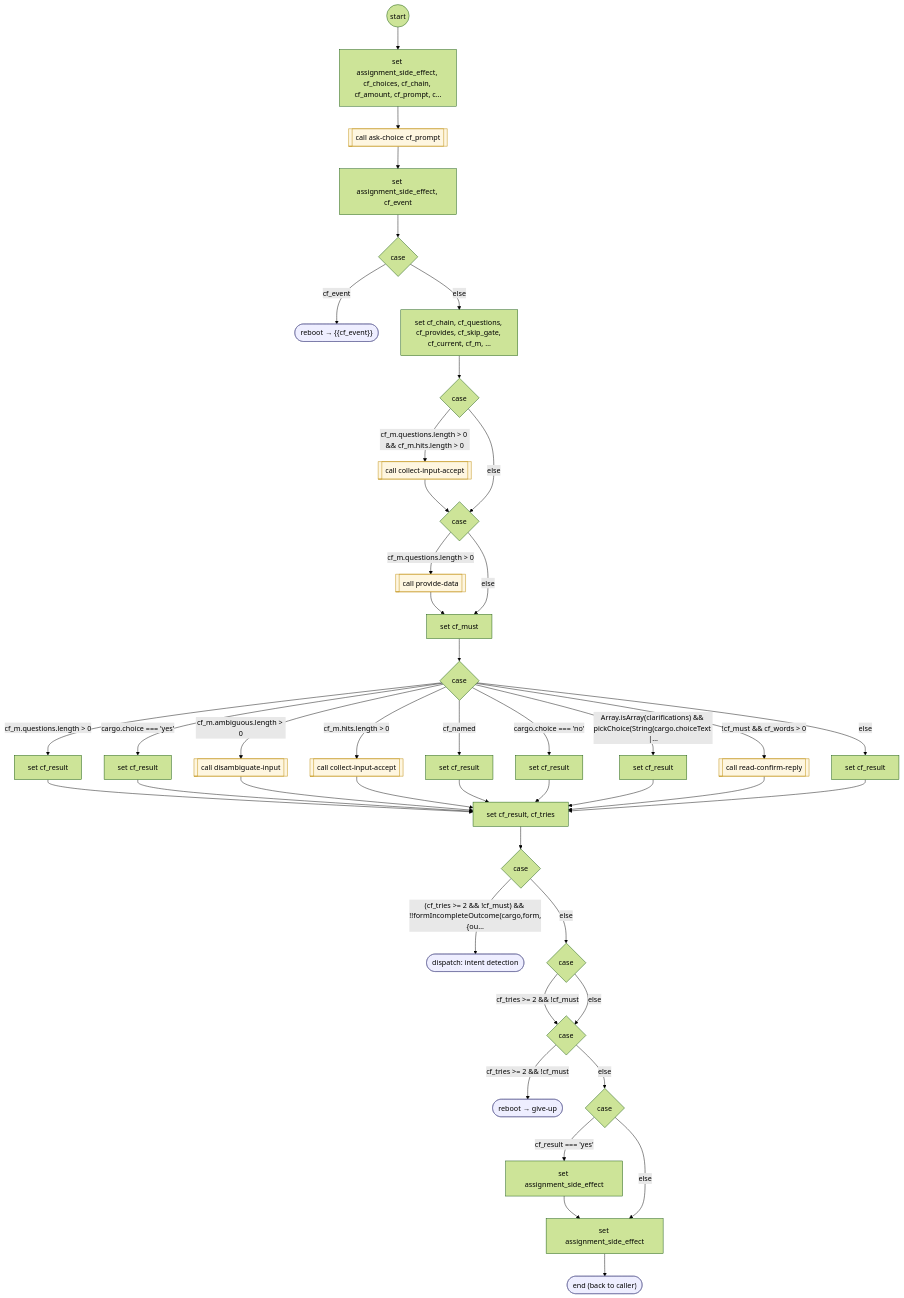
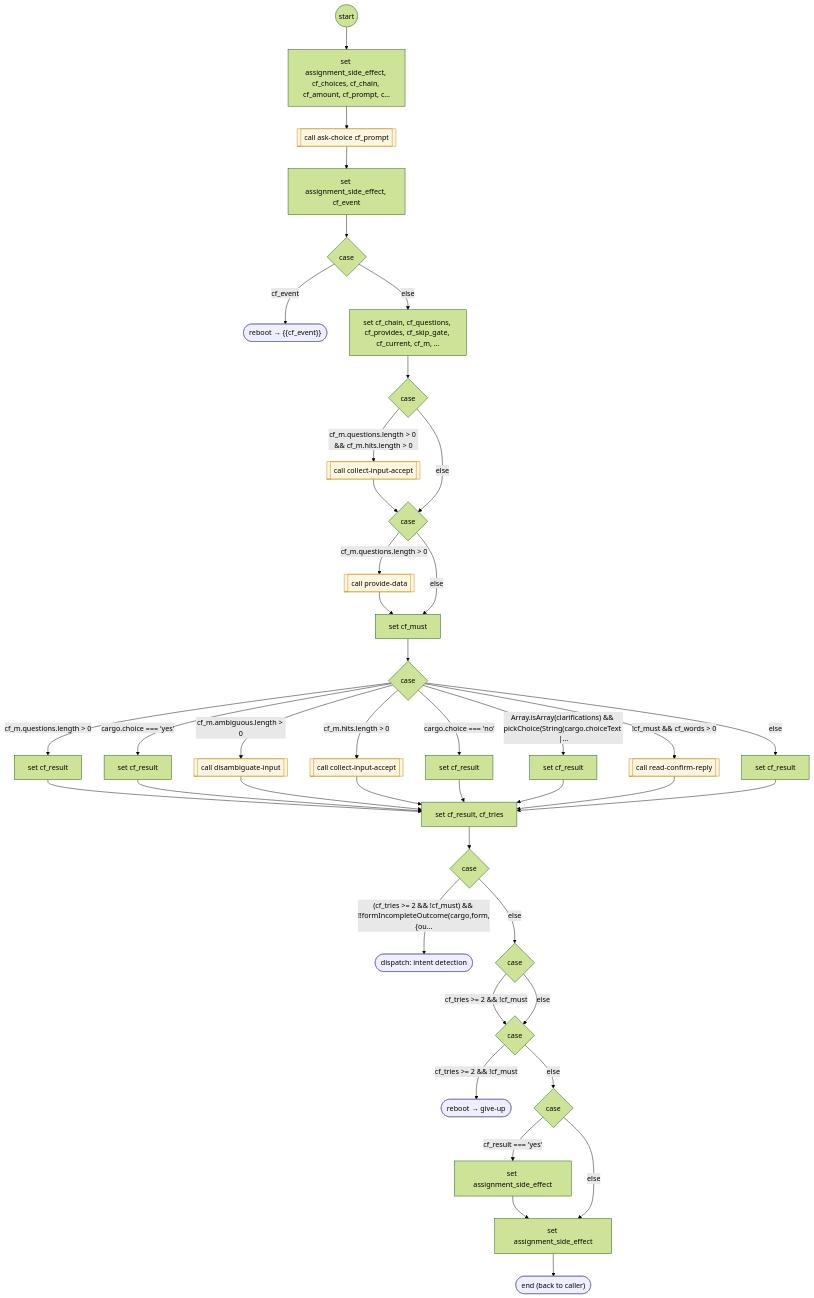
One commit to ronpinkas/jsfe changed the diagram in docs/flows/system/confirm-form.md. Above: the diagram before and after it, drawn with Mermaid (forest theme). The commit also changed 16 other files, not shown here.

```diff
--- a/docs/flows/system/confirm-form.md
+++ b/docs/flows/system/confirm-form.md
@@ -68,49 +68,46 @@
    class b15 flowstep
    c11 -- "cf_m.hits.length #gt; 0" --> b15
    b16["set cf_result"]
-   c11 -- "cf_named" --> b16
+   c11 -- "cargo.choice === 'no'" --> b16
    b17["set cf_result"]
-   c11 -- "cargo.choice === 'no'" --> b17
-   b18["set cf_result"]
-   c11 -- "Array.isArray(clarifications) && pickChoice(String(cargo.choiceText #124;…" --> b18
-   b19[["call read-confirm-reply"]]
-   class b19 flowstep
-   c11 -- "!cf_must && cf_words #gt; 0" --> b19
-   b20["set cf_result"]
-   c11 -- "else" --> b20
-   n21["set cf_result, cf_tries"]
-   b12 --> n21
-   b13 --> n21
-   b14 --> n21
-   b15 --> n21
-   b16 --> n21
-   b17 --> n21
-   b18 --> n21
-   b19 --> n21
-   b20 --> n21
-   c22{"case"}
-   n21 --> c22
-   b23(["dispatch: intent detection"])
-   class b23 endstep
-   c22 -- "(cf_tries #gt;= 2 && !cf_must) && !!formIncompleteOutcome(cargo,form,#123;ou…" --> b23
+   c11 -- "Array.isArray(clarifications) && pickChoice(String(cargo.choiceText #124;…" --> b17
+   b18[["call read-confirm-reply"]]
+   class b18 flowstep
+   c11 -- "!cf_must && cf_words #gt; 0" --> b18
+   b19["set cf_result"]
+   c11 -- "else" --> b19
+   n20["set cf_result, cf_tries"]
+   b12 --> n20
+   b13 --> n20
+   b14 --> n20
+   b15 --> n20
+   b16 --> n20
+   b17 --> n20
+   b18 --> n20
+   b19 --> n20
+   c21{"case"}
+   n20 --> c21
+   b22(["dispatch: intent detection"])
+   class b22 endstep
+   c21 -- "(cf_tries #gt;= 2 && !cf_must) && !!formIncompleteOutcome(cargo,form,#123;ou…" --> b22
+   c23{"case"}
+   c21 -- "else" --> c23
    c24{"case"}
-   c22 -- "else" --> c24
-   c25{"case"}
-   c24 -- "cf_tries #gt;= 2 && !cf_must" --> c25
-   c24 -- "else" --> c25
-   b26(["reboot → give-up"])
-   class b26 endstep
-   c25 -- "cf_tries #gt;= 2 && !cf_must" --> b26
-   c27{"case"}
-   c25 -- "else" --> c27
-   b28["set assignment_side_effect"]
-   c27 -- "cf_result === 'yes'" --> b28
-   n29["set assignment_side_effect"]
-   b28 --> n29
-   c27 -- "else" --> n29
+   c23 -- "cf_tries #gt;= 2 && !cf_must" --> c24
+   c23 -- "else" --> c24
+   b25(["reboot → give-up"])
+   class b25 endstep
+   c24 -- "cf_tries #gt;= 2 && !cf_must" --> b25
+   c26{"case"}
+   c24 -- "else" --> c26
+   b27["set assignment_side_effect"]
+   c26 -- "cf_result === 'yes'" --> b27
+   n28["set assignment_side_effect"]
+   b27 --> n28
+   c26 -- "else" --> n28
    DONE(["end (back to caller)"])
    class DONE endstep
-   n29 --> DONE
+   n28 --> DONE
    classDef endstep fill:#eef,stroke:#669
    classDef toolstep fill:#efe,stroke:#696
    classDef flowstep fill:#fef6e0,stroke:#b80
```
